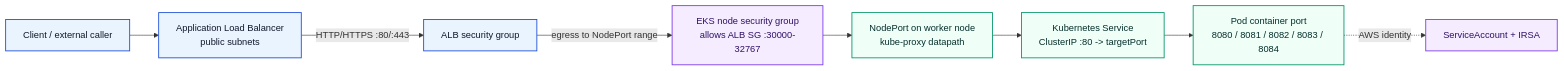
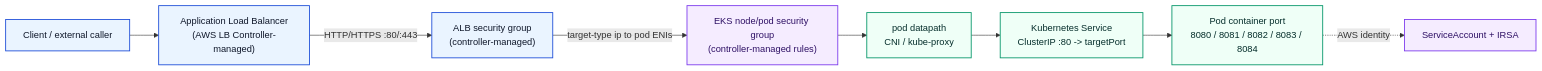
The second of 4 diagrams in k8s/README.md (Github-Arun-Repo/terraform-labs), drawn with Mermaid before and after one commit. The commit also changed other lines of this file and 87 other files, not shown here.

````diff
--- a/k8s/README.md
+++ b/k8s/README.md
@@ -64,17 +64,17 @@
 ```mermaid
 %%{init: {'theme':'default','flowchart':{'useMaxWidth':true,'htmlLabels':true}}}%%
 flowchart LR
-	Internet["Client / external caller"]:::edge --> ALB["Application Load Balancer\npublic subnets"]:::edge
-	ALB -->|"HTTP/HTTPS :80/:443"| ALBSG["ALB security group"]:::edge
-	ALBSG -->|"egress to NodePort range"| NodeSG["EKS node security group\nallows ALB SG :30000-32767"]:::control
-	NodeSG --> NodePort["NodePort on worker node\nkube-proxy datapath"]:::runtime
+	Internet["Client / external caller"]:::edge --> ALB["Application Load Balancer\n(AWS LB Controller-managed)"]:::edge
+	ALB -->|"HTTP/HTTPS :80/:443"| ALBSG["ALB security group\n(controller-managed)"]:::edge
+	ALBSG -->|"target-type ip to pod ENIs"| NodeSG["EKS node/pod security group\n(controller-managed rules)"]:::control
+	NodeSG --> NodePort["pod datapath\nCNI / kube-proxy"]:::runtime
 	NodePort --> Service["Kubernetes Service\nClusterIP :80 -> targetPort"]:::runtime
 	Service --> Pod["Pod container port\n8080 / 8081 / 8082 / 8083 / 8084"]:::runtime
 	Pod -. AWS identity .-> IRSA["ServiceAccount + IRSA"]:::control
 
 	classDef edge fill:#EAF4FF,stroke:#1D4ED8,color:#0F172A,stroke-width:1.5px;
 	classDef runtime fill:#EFFFF7,stroke:#059669,color:#052E2B,stroke-width:1.5px;
 	classDef data fill:#FFF7ED,stroke:#EA580C,color:#431407,stroke-width:1.5px;
 	classDef control fill:#F5ECFF,stroke:#7C3AED,color:#2E1065,stroke-width:1.5px;
 	classDef legacy fill:#F8FAFC,stroke:#94A3B8,color:#475569,stroke-width:1px,stroke-dasharray: 5 5;
 ```
````
